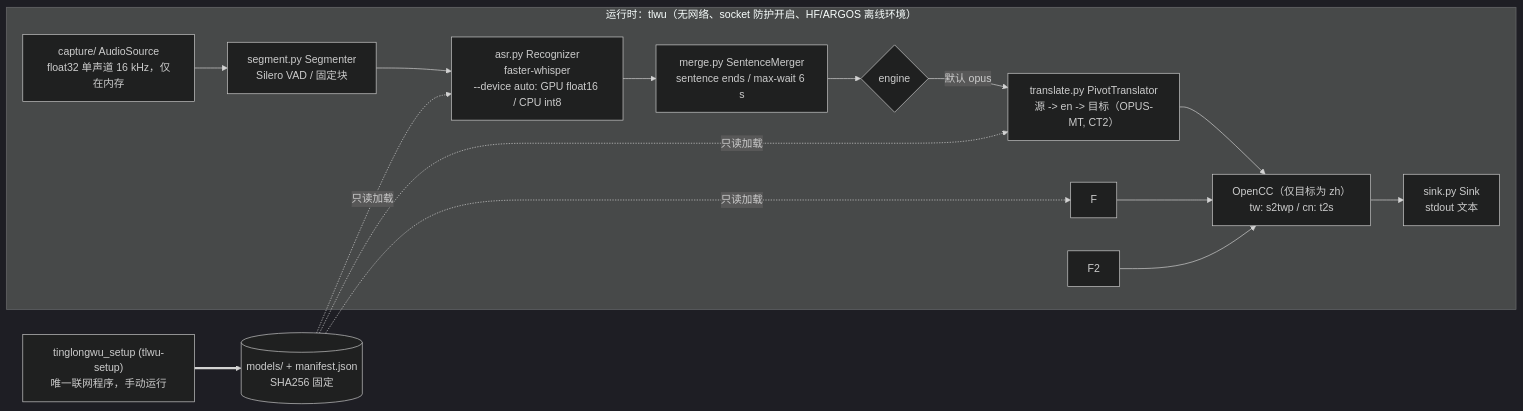
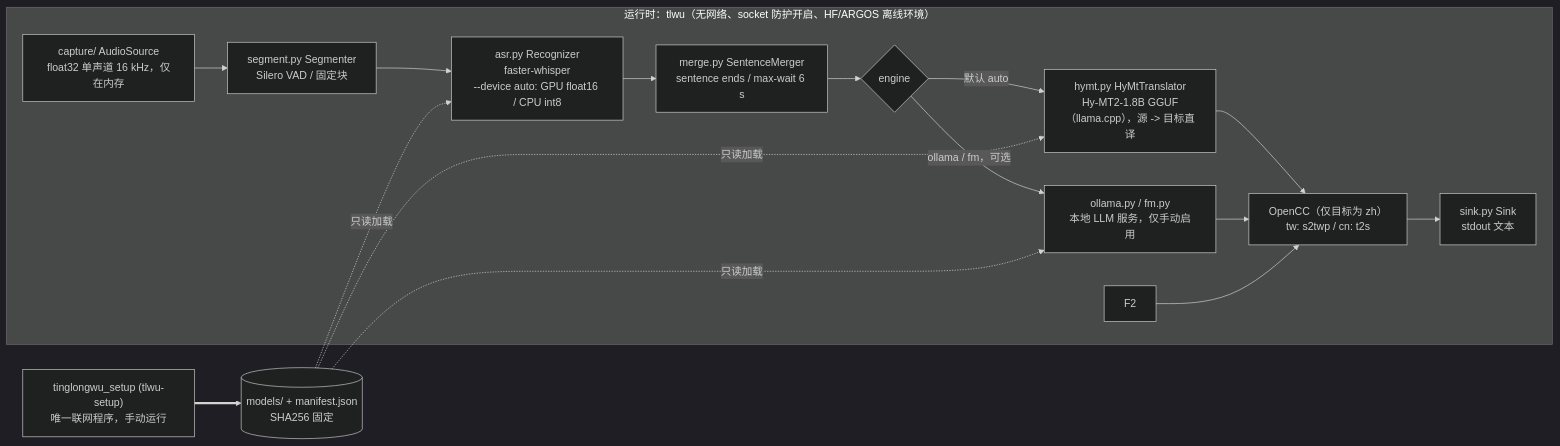
Before and after one commit to sunososobro-hub/tinglongwu: the diagram in docs/ARCHITECTURE.zh-CN.md, drawn with Mermaid (dark theme). The commit also changed other lines of this file and 2 other files, not shown here.

Commit message:
docs(architecture): Hy-MT2 is the default engine, OPUS-MT row replaced (#471)
Refs #1054

Claude-Session: https://claude.ai/code/session_011762LPxwq1tRcTzWXFT3mJ

````diff
--- a/docs/ARCHITECTURE.zh-CN.md
+++ b/docs/ARCHITECTURE.zh-CN.md
@@ -11,18 +11,19 @@
 ```mermaid
 flowchart LR
   subgraph RT["运行时：tlwu（无网络、socket 防护开启、HF/ARGOS 离线环境）"]
     A["capture/ AudioSource<br/>float32 单声道 16 kHz，仅在内存"] --> B["segment.py Segmenter<br/>Silero VAD / 固定块"]
     B --> C["asr.py Recognizer<br/>faster-whisper<br/>--device auto: GPU float16 / CPU int8"]
     C --> MG["merge.py SentenceMerger<br/>sentence ends / max-wait 6 s"]
     MG --> D{"engine"}
-    D -->|默认 opus| E["translate.py PivotTranslator<br/>源 -> en -> 目标（OPUS-MT, CT2）"]
+    D -->|默认 auto| E["hymt.py HyMtTranslator<br/>Hy-MT2-1.8B GGUF（llama.cpp），源 -> 目标直译"]
+    D -->|ollama / fm，可选| F["ollama.py / fm.py<br/>本地 LLM 服务，仅手动启用"]
     E --> G["OpenCC（仅目标为 zh）<br/>tw: s2twp / cn: t2s"]
     F --> G
     F2 --> G
     G --> H["sink.py Sink<br/>stdout 文本"]
   end
   M[("models/ + manifest.json<br/>SHA256 固定")] -. "只读加载" .-> C
   M -. "只读加载" .-> E
   M -. "只读加载" .-> F
   DL["tinglongwu_setup (tlwu-setup)<br/>唯一联网程序，手动运行"] ==> M
 ```
````
